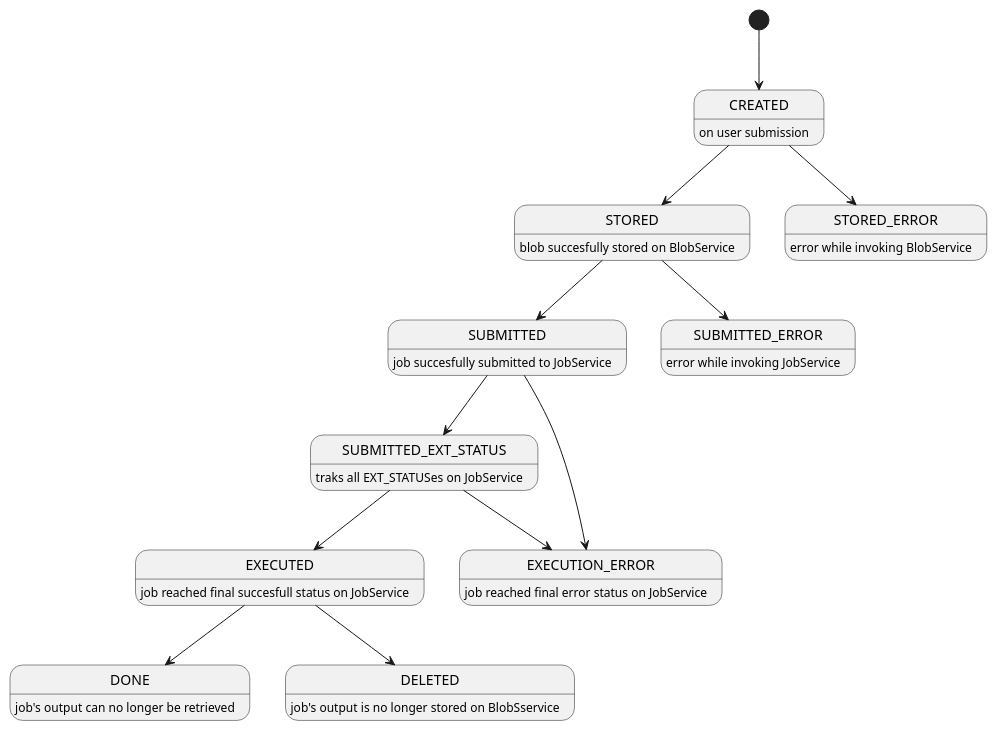
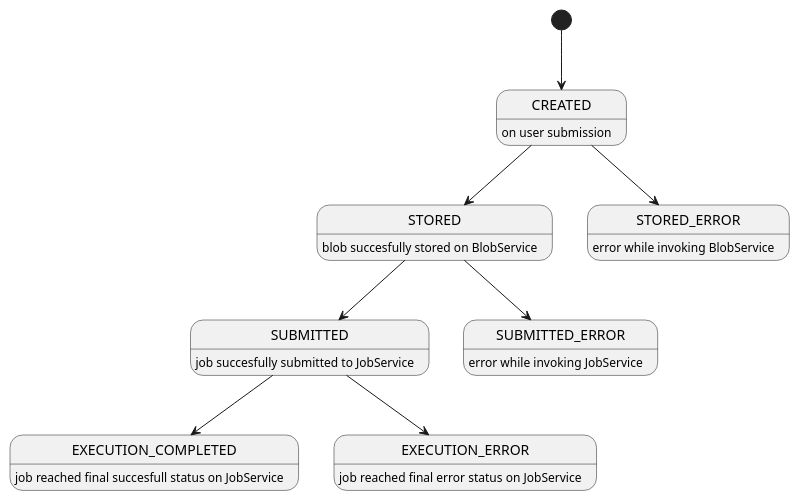
One commit to enricodangelo/ptc_test changed the diagram in diagrams/jobStatus_state_diagram.puml. Above: the diagram before and after it, drawn with PlantUML. The commit also changed 30 other files, not shown here.

```diff
--- a/diagrams/jobStatus_state_diagram.puml
+++ b/diagrams/jobStatus_state_diagram.puml
@@ -1,29 +1,20 @@
 @startuml
 
 CREATED : on user submission
 STORED: blob succesfully stored on BlobService
 STORED_ERROR: error while invoking BlobService
 SUBMITTED: job succesfully submitted to JobService
 SUBMITTED_ERROR: error while invoking JobService
-SUBMITTED_EXT_STATUS: traks all EXT_STATUSes on JobService
-EXECUTED: job reached final succesfull status on JobService
+EXECUTION_COMPLETED: job reached final succesfull status on JobService
 EXECUTION_ERROR: job reached final error status on JobService
-DONE: job's output can no longer be retrieved
-DELETED: job's output is no longer stored on BlobSservice
 
 [*] --> CREATED
 CREATED --> STORED
 CREATED --> STORED_ERROR
 
 STORED --> SUBMITTED
 STORED --> SUBMITTED_ERROR
 
-SUBMITTED --> SUBMITTED_EXT_STATUS
+SUBMITTED --> EXECUTION_COMPLETED
 SUBMITTED --> EXECUTION_ERROR
-
-SUBMITTED_EXT_STATUS --> EXECUTED
-SUBMITTED_EXT_STATUS --> EXECUTION_ERROR
-
-EXECUTED --> DONE
-EXECUTED --> DELETED
 @enduml
```
